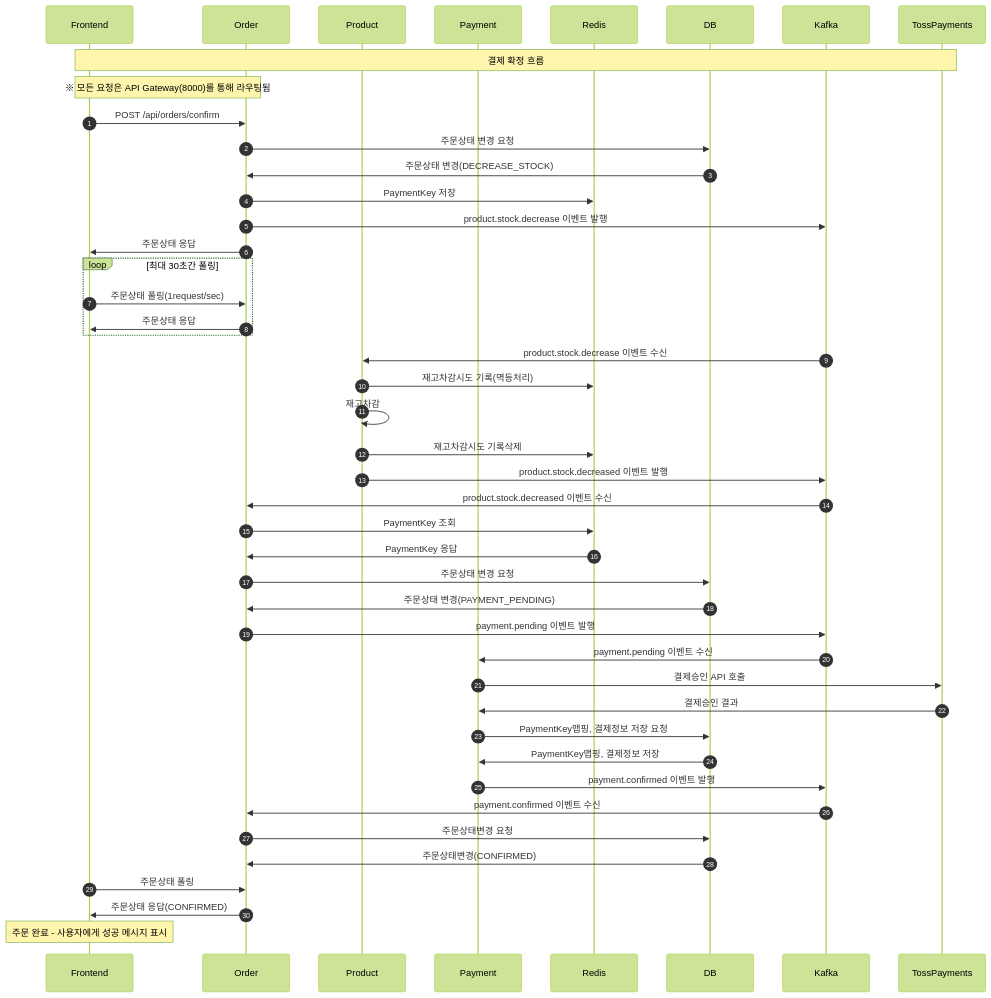
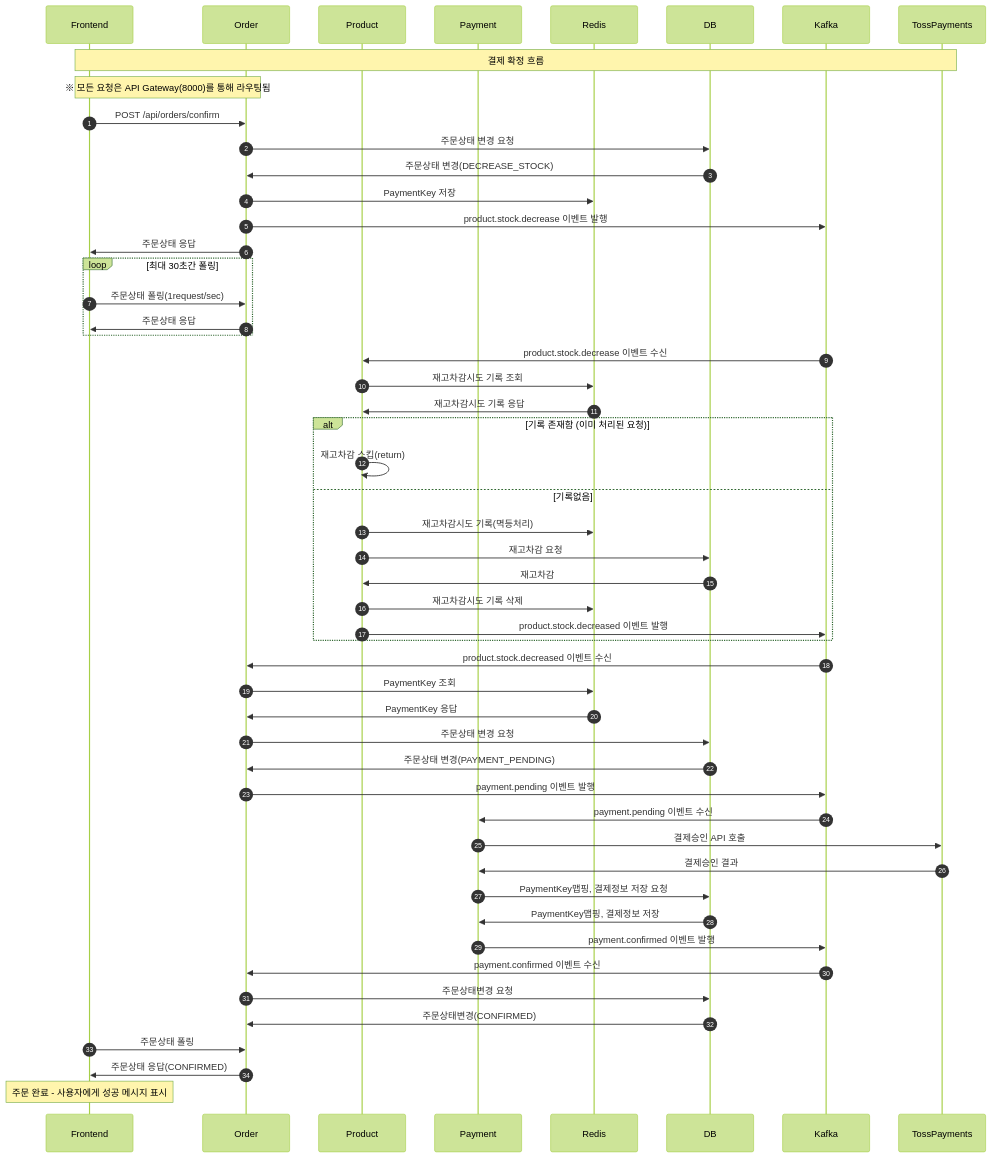
The third of 5 diagrams in readMe.md (hana0627/i-love-pet), drawn with Mermaid (forest theme) before and after one commit. The commit also changed other lines of this file, not shown here.

````diff
--- a/readMe.md
+++ b/readMe.md
@@ -300,58 +300,66 @@
 ```mermaid
 sequenceDiagram autonumber
     participant Frontend
     participant Order
     participant Product
     participant Payment
     participant Redis
     participant DB
     participant Kafka
     participant TossPayments
     
     Note over Frontend,TossPayments: 결제 확정 흐름
     Note over Frontend,Order: ※ 모든 요청은 API Gateway(8000)를 통해 라우팅됨
 
     Frontend->>Order: POST /api/orders/confirm
     Order->>DB: 주문상태 변경 요청
     DB->>Order: 주문상태 변경(DECREASE_STOCK)
     Order->>Redis: PaymentKey 저장
     Order->>Kafka: product.stock.decrease 이벤트 발행
     Order->>Frontend: 주문상태 응답
 
 
     loop 최대 30초간 폴링
         Frontend->>Order: 주문상태 폴링(1request/sec)
         Order->>Frontend: 주문상태 응답
     end
 
 
     Kafka->>Product: product.stock.decrease 이벤트 수신
-    Product->>Redis: 재고차감시도 기록(멱등처리)
-    Product->>Product: 재고차감
-    Product->>Redis: 재고차감시도 기록삭제
-    Product->>Kafka: product.stock.decreased 이벤트 발행
+    
+    Product->>Redis: 재고차감시도 기록 조회
+    Redis->>Product: 재고차감시도 기록 응답
+    alt 기록 존재함 (이미 처리된 요청)
+        Product->>Product: 재고차감 스킵(return)
+    else 기록없음
+      Product->>Redis: 재고차감시도 기록(멱등처리)
+      Product->>DB: 재고차감 요청
+      DB->>Product: 재고차감
+      Product->>Redis: 재고차감시도 기록 삭제
+      Product->>Kafka: product.stock.decreased 이벤트 발행
+    end
 
     Kafka->>Order: product.stock.decreased 이벤트 수신
     Order->>Redis: PaymentKey 조회
     Redis->>Order: PaymentKey 응답
     Order->>DB: 주문상태 변경 요청
     DB->>Order: 주문상태 변경(PAYMENT_PENDING)
     Order->>Kafka: payment.pending 이벤트 발행
 
     Kafka->>Payment: payment.pending 이벤트 수신
     Payment->>TossPayments: 결제승인 API 호출
     TossPayments->>Payment: 결제승인 결과
     Payment->>DB: PaymentKey맵핑, 결제정보 저장 요청
     DB->>Payment: PaymentKey맵핑, 결제정보 저장
     Payment->>Kafka: payment.confirmed 이벤트 발행
 
     Kafka->>Order: payment.confirmed 이벤트 수신
     Order->>DB: 주문상태변경 요청
     DB->>Order: 주문상태변경(CONFIRMED)
 
     Frontend->>Order: 주문상태 폴링
     Order->>Frontend: 주문상태 응답(CONFIRMED)
     
     Note over Frontend: 주문 완료 - 사용자에게 성공 메시지 표시
 
 ```
````
